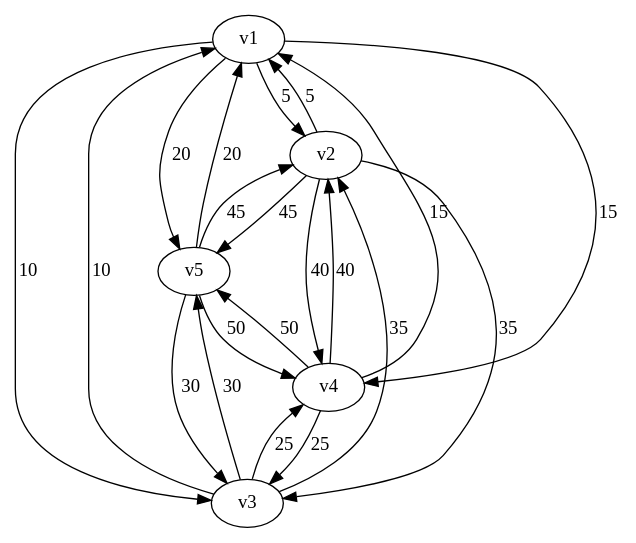
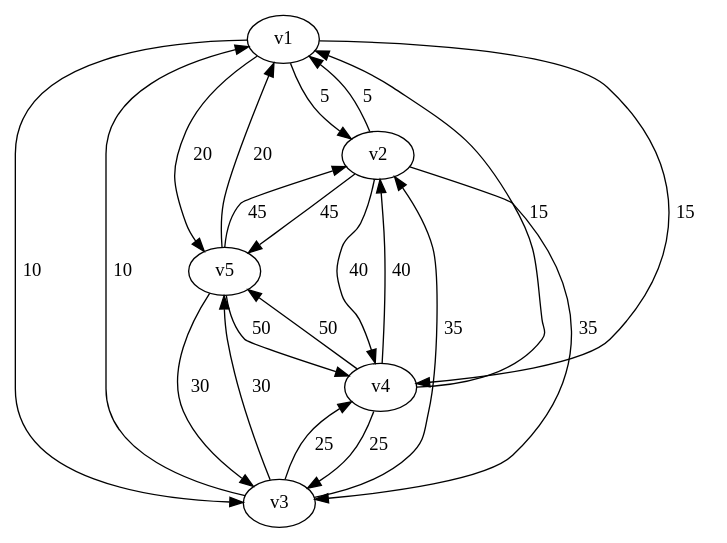
One commit to MaxPower9001/B-AI3GKAP changed the diagram in io/graph_10.dot. Above: the diagram before and after it, drawn with Graphviz. The commit also changed 15 other files, not shown here.

```diff
--- a/io/graph_10.dot
+++ b/io/graph_10.dot
@@ -1,28 +1,28 @@
 digraph graph_10
 {
 v1
 v2
 v3
 v4
 v5
-v1 -> v2 [label="5"]
-v1 -> v3 [label="10"]
-v1 -> v4 [label="15"]
-v1 -> v5 [label="20"]
-v2 -> v1 [label="5"]
-v2 -> v3 [label="35"]
-v2 -> v4 [label="40"]
-v2 -> v5 [label="45"]
-v3 -> v1 [label="10"]
-v3 -> v2 [label="35"]
-v3 -> v4 [label="25"]
-v3 -> v5 [label="30"]
-v4 -> v1 [label="15"]
-v4 -> v2 [label="40"]
-v4 -> v3 [label="25"]
-v4 -> v5 [label="50"]
-v5 -> v1 [label="20"]
-v5 -> v2 [label="45"]
-v5 -> v3 [label="30"]
-v5 -> v4 [label="50"]
+v1 -> v2 [label=" 5  "]
+v1 -> v3 [label=" 10  "]
+v1 -> v4 [label=" 15  "]
+v1 -> v5 [label=" 20  "]
+v2 -> v1 [label=" 5  "]
+v2 -> v3 [label=" 35  "]
+v2 -> v4 [label=" 40  "]
+v2 -> v5 [label=" 45  "]
+v3 -> v1 [label=" 10  "]
+v3 -> v2 [label=" 35  "]
+v3 -> v4 [label=" 25  "]
+v3 -> v5 [label=" 30  "]
+v4 -> v1 [label=" 15  "]
+v4 -> v2 [label=" 40  "]
+v4 -> v3 [label=" 25  "]
+v4 -> v5 [label=" 50  "]
+v5 -> v1 [label=" 20  "]
+v5 -> v2 [label=" 45  "]
+v5 -> v3 [label=" 30  "]
+v5 -> v4 [label=" 50  "]
 }
```
